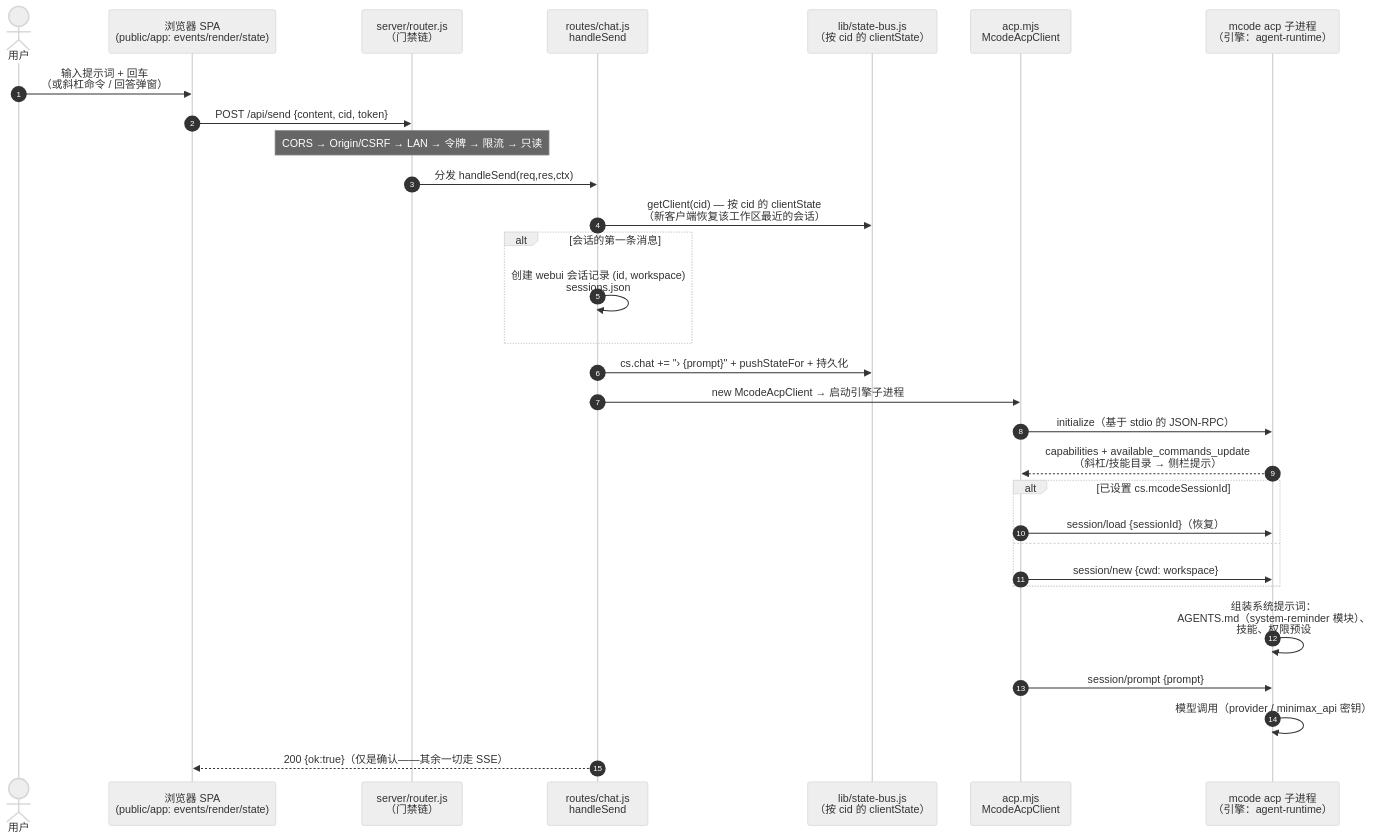
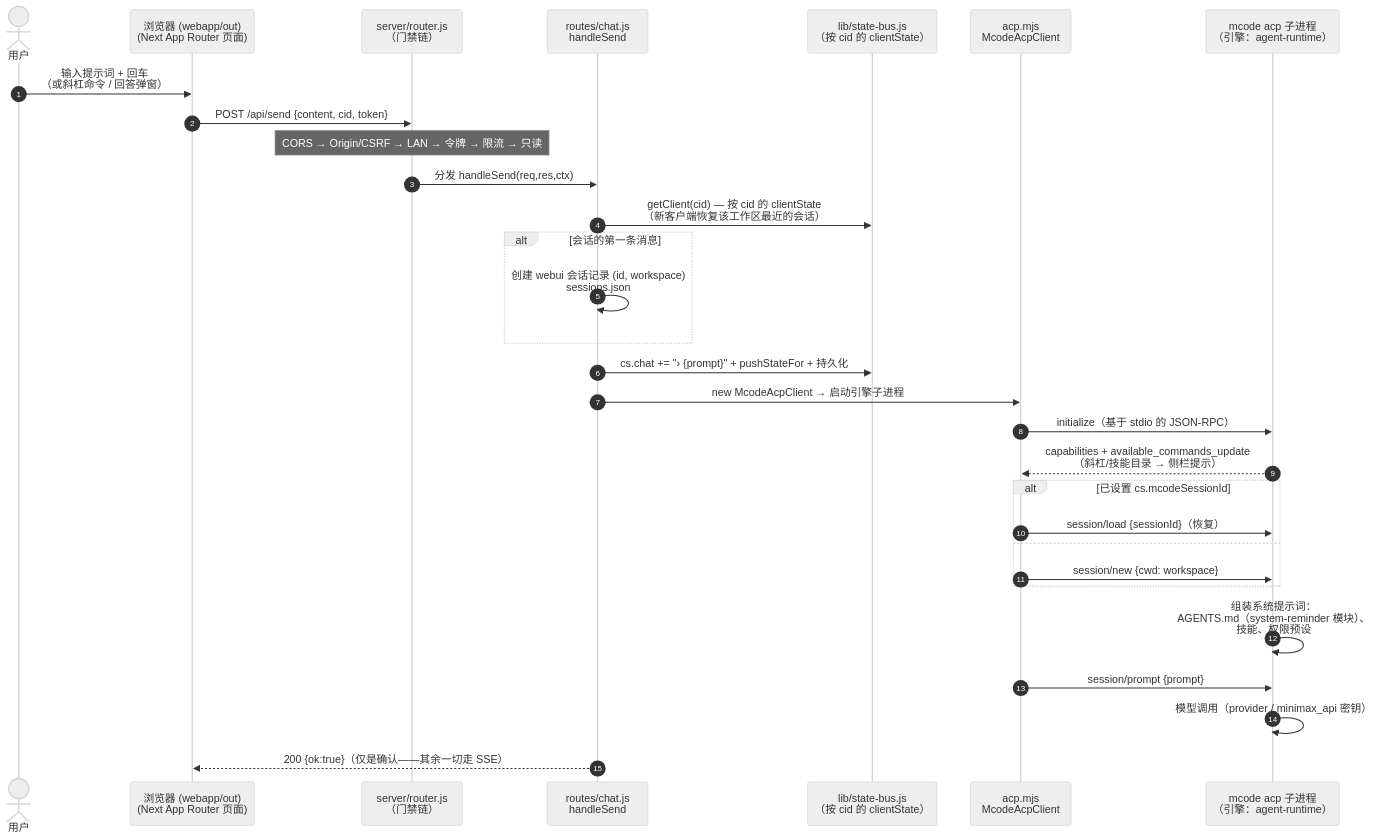
The first of 4 diagrams in packages/webui/docs/ARCHITECTURE.zh-CN.md (mcode-webui/minimax-code-web), drawn with Mermaid (neutral theme) before and after one commit. The commit also changed other lines of this file and 19 other files, not shown here.

````diff
--- a/packages/webui/docs/ARCHITECTURE.zh-CN.md
+++ b/packages/webui/docs/ARCHITECTURE.zh-CN.md
@@ -128,33 +133,33 @@
 ```mermaid
 sequenceDiagram
     autonumber
     actor U as 用户
-    participant B as 浏览器 SPA<br/>(public/app: events/render/state)
+    participant B as 浏览器 (webapp/out)<br/>(Next App Router 页面)
     participant R as server/router.js<br/>（门禁链）
     participant C as routes/chat.js<br/>handleSend
     participant S as lib/state-bus.js<br/>（按 cid 的 clientState）
     participant A as acp.mjs<br/>McodeAcpClient
     participant E as mcode acp 子进程<br/>（引擎：agent-runtime）
 
     U->>B: 输入提示词 + 回车<br/>（或斜杠命令 / 回答弹窗）
     B->>R: POST /api/send {content, cid, token}
     Note over R: CORS → Origin/CSRF → LAN → 令牌 → 限流 → 只读
     R->>C: 分发 handleSend(req,res,ctx)
     C->>S: getClient(cid) — 按 cid 的 clientState<br/>（新客户端恢复该工作区最近的会话）
     alt 会话的第一条消息
         C->>C: 创建 webui 会话记录 (id, workspace)<br/>sessions.json
     end
     C->>S: cs.chat += "› {prompt}" + pushStateFor + 持久化
     C->>A: new McodeAcpClient → 启动引擎子进程
     A->>E: initialize（基于 stdio 的 JSON-RPC）
     E-->>A: capabilities + available_commands_update<br/>（斜杠/技能目录 → 侧栏提示）
     alt 已设置 cs.mcodeSessionId
         A->>E: session/load {sessionId}（恢复）
     else
         A->>E: session/new {cwd: workspace}
     end
     E->>E: 组装系统提示词：<br/>AGENTS.md（system-reminder 模块）、<br/>技能、权限预设
     A->>E: session/prompt {prompt}
     E->>E: 模型调用（provider / minimax_api 密钥）
     C-->>B: 200 {ok:true}（仅是确认——其余一切走 SSE）
 ```
````
